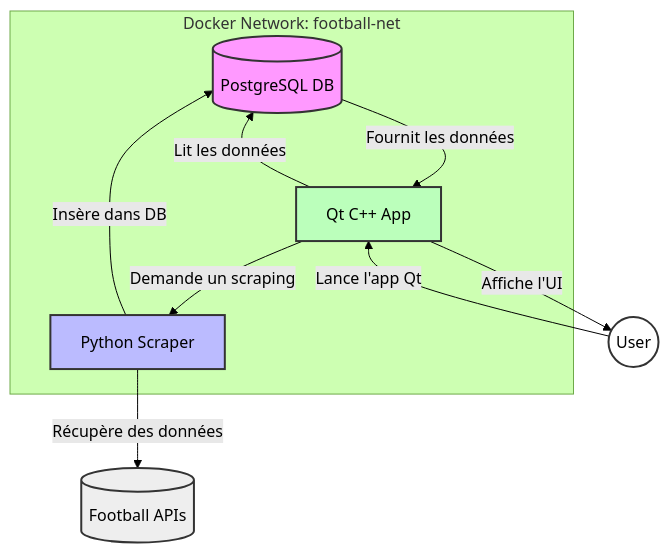
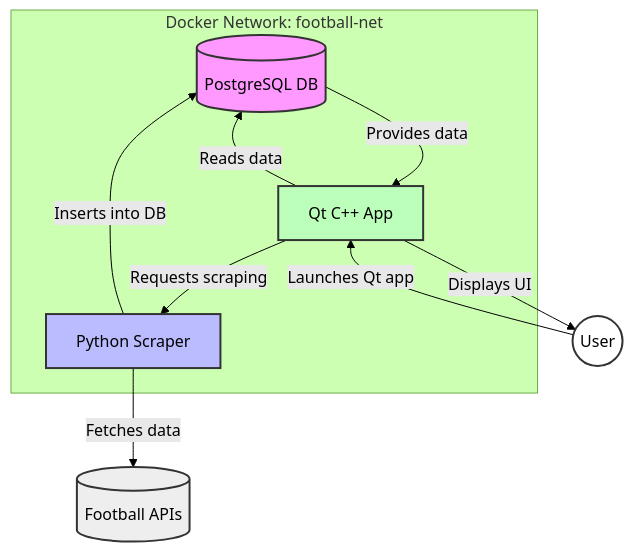
The diagram in README.md (aautin/football_master), drawn with Mermaid (forest theme) before and after one commit. The commit also changed other lines of this file, not shown here.

````diff
--- a/README.md
+++ b/README.md
@@ -15,22 +18,22 @@
 ```mermaid
 flowchart TD
     subgraph Docker Network [Docker Network: football-net]
         DB[(PostgreSQL DB)]
         Scraper[Python Scraper]
         QtApp[Qt C++ App]
     end
 
-    User((User)) -->|Lance l'app Qt| QtApp
-    QtApp -->|Lit les données| DB
-    QtApp -->|Demande un scraping| Scraper
-    Scraper -->|Récupère des données| ExternalAPIs[(Football APIs)]
-    Scraper -->|Insère dans DB| DB
-    DB -->|Fournit les données| QtApp
-    QtApp -->|Affiche l'UI| User
+    User((User)) -->|Launches Qt app| QtApp
+    QtApp -->|Reads data| DB
+    QtApp -->|Requests scraping| Scraper
+    Scraper -->|Fetches data| ExternalAPIs[(Football APIs)]
+    Scraper -->|Inserts into DB| DB
+    DB -->|Provides data| QtApp
+    QtApp -->|Displays UI| User
 
     style DB fill:#f9f,stroke:#333,stroke-width:2px
     style Scraper fill:#bbf,stroke:#333,stroke-width:2px
     style QtApp fill:#bfb,stroke:#333,stroke-width:2px
     style User fill:#fff,stroke:#333,stroke-width:2px
     style ExternalAPIs fill:#eee,stroke:#333,stroke-width:2px
 ```
````
